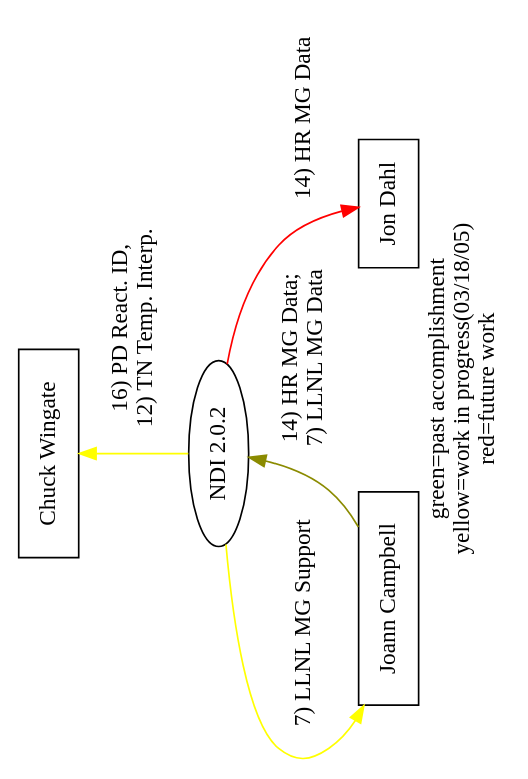
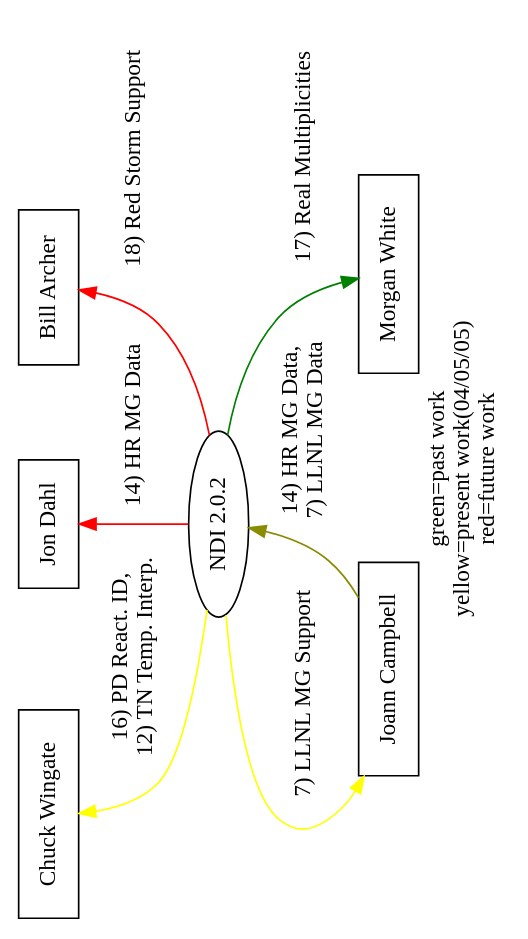
The diagram in doc/reqt/context_2.0.2.dot (lanl/ndi), drawn with Graphviz before and after one commit. The commit also changed 2 other files, not shown here.

```diff
--- a/doc/reqt/context_2.0.2.dot
+++ b/doc/reqt/context_2.0.2.dot
@@ -1,21 +1,25 @@
 digraph ndi {
 	orientation=landscape;
-	label="green=past accomplishment\nyellow=work in progress(03/18/05)\nred=future work";
+	label="green=past work\nyellow=present work(04/05/05)\nred=future work";
 	node[shape="box"];
 
 	/* stakeholders */
 	caw[label="Chuck Wingate"];
 	dahl[label="Jon Dahl"];
+	barcher[label="Bill Archer"];
 	jomc[label="Joann Campbell"];
+	morgan[label="Morgan White"];
 
 	/* project */
 	ndi[label="NDI 2.0.2", shape="ellipse"];
 	
-	jomc -> ndi[label="14) HR MG Data;\n7) LLNL MG Data", color=yellow4];
+	jomc -> ndi[label="14) HR MG Data,\n7) LLNL MG Data", color=yellow4];
 	ndi -> jomc[label="7) LLNL MG Support", color=yellow1];
 	ndi -> caw[label="16) PD React. ID,\n12) TN Temp. Interp.", color=yellow1];
 	ndi -> dahl[label="14) HR MG Data", color=red];
-	
-	{rank = max; jomc; dahl}
-	{rank = min; caw}
+	ndi -> barcher[label="18) Red Storm Support", color=red];
+	ndi -> morgan[label="17) Real Multiplicities", color=green];
+
+	{rank = max; jomc; morgan}
+	{rank = min; caw; dahl; barcher}
 }
```
